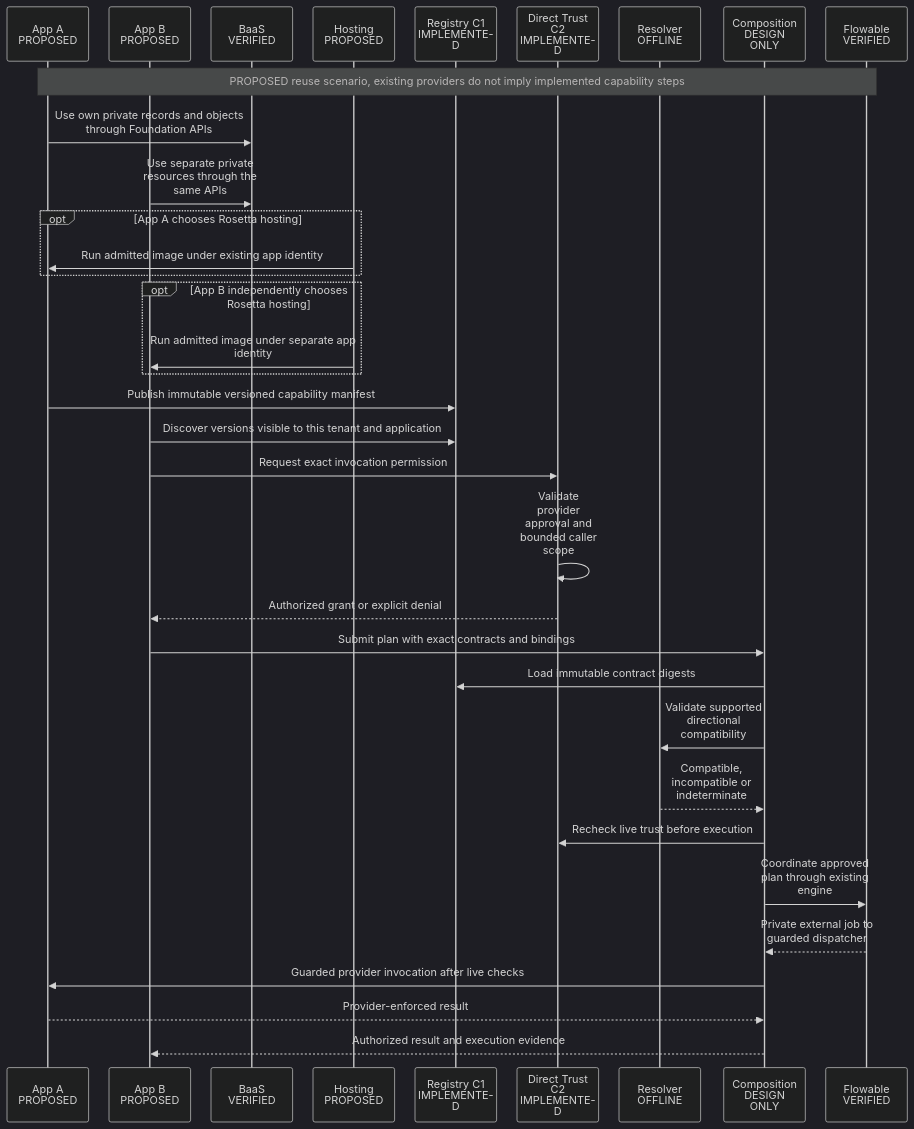
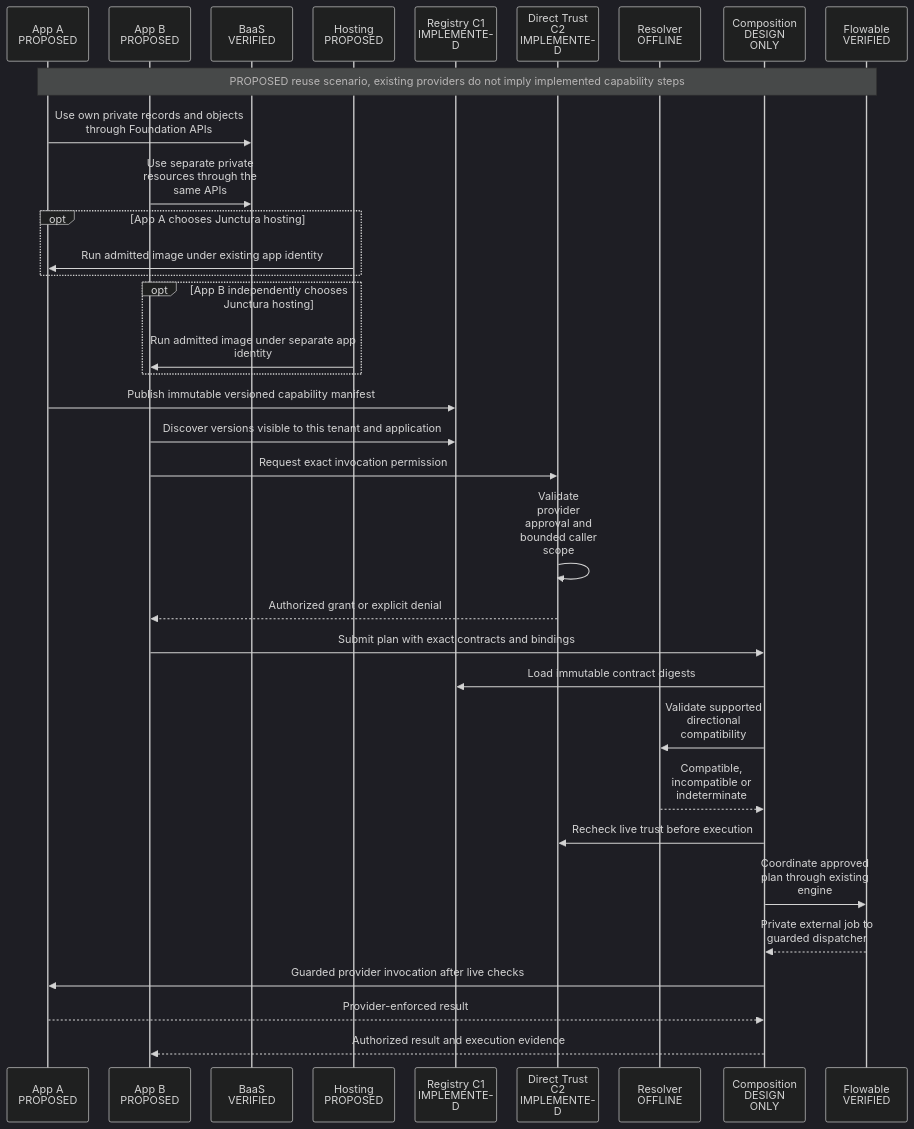
The eighth of 8 diagrams in docs/architecture/ARCHITECTURE_MAPS.md (NHMNDaizoken/Rosetta), drawn with Mermaid (dark theme) before and after one commit. The commit also changed other lines of this file and 165 other files, not shown here.

Commit message:
refactor!: rename Rosetta to Junctura across code, database, realm and URNs

````diff
--- a/docs/architecture/ARCHITECTURE_MAPS.md
+++ b/docs/architecture/ARCHITECTURE_MAPS.md
@@ -334,37 +334,37 @@
 ```mermaid
 %%{init: {"sequence": {"wrap": true, "actorMargin": 30, "width": 120}}}%%
 sequenceDiagram
   participant A as App A PROPOSED
   participant B as App B PROPOSED
   participant F as BaaS VERIFIED
   participant H as Hosting PROPOSED
   participant R as Registry C1 IMPLEMENTED
   participant T as Direct Trust C2 IMPLEMENTED
   participant V as Resolver OFFLINE
   participant C as Composition DESIGN ONLY
   participant W as Flowable VERIFIED
   Note over A,W: PROPOSED reuse scenario, existing providers do not imply implemented capability steps
   A->>F: Use own private records and objects through Foundation APIs
   B->>F: Use separate private resources through the same APIs
-  opt App A chooses Rosetta hosting
+  opt App A chooses Junctura hosting
     H->>A: Run admitted image under existing app identity
   end
-  opt App B independently chooses Rosetta hosting
+  opt App B independently chooses Junctura hosting
     H->>B: Run admitted image under separate app identity
   end
   A->>R: Publish immutable versioned capability manifest
   B->>R: Discover versions visible to this tenant and application
   B->>T: Request exact invocation permission
   T->>T: Validate provider approval and bounded caller scope
   T-->>B: Authorized grant or explicit denial
   B->>C: Submit plan with exact contracts and bindings
   C->>R: Load immutable contract digests
   C->>V: Validate supported directional compatibility
   V-->>C: Compatible, incompatible or indeterminate
   C->>T: Recheck live trust before execution
   C->>W: Coordinate approved plan through existing engine
   W-->>C: Private external job to guarded dispatcher
   C->>A: Guarded provider invocation after live checks
   A-->>C: Provider-enforced result
   C-->>B: Authorized result and execution evidence
 ```
````
